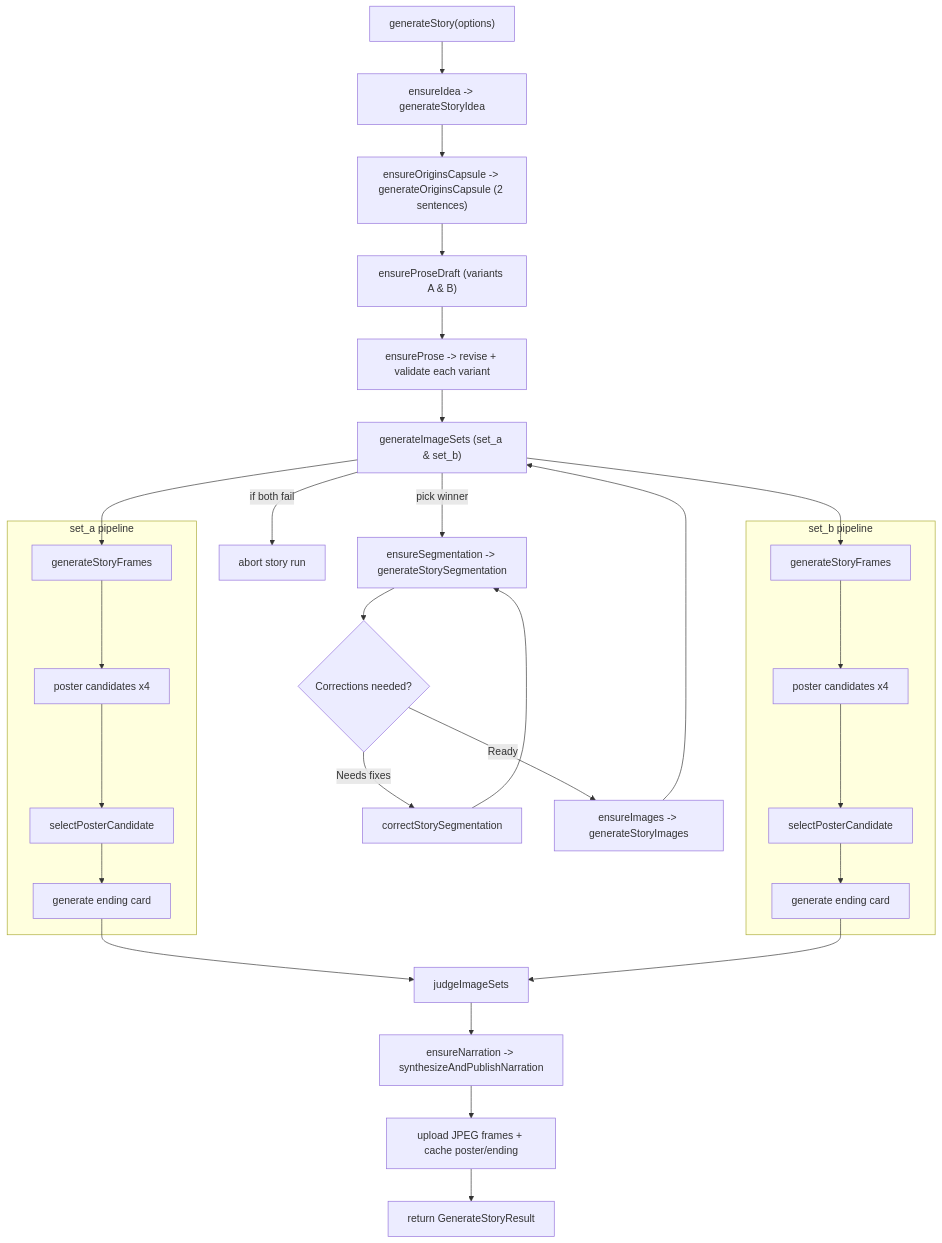
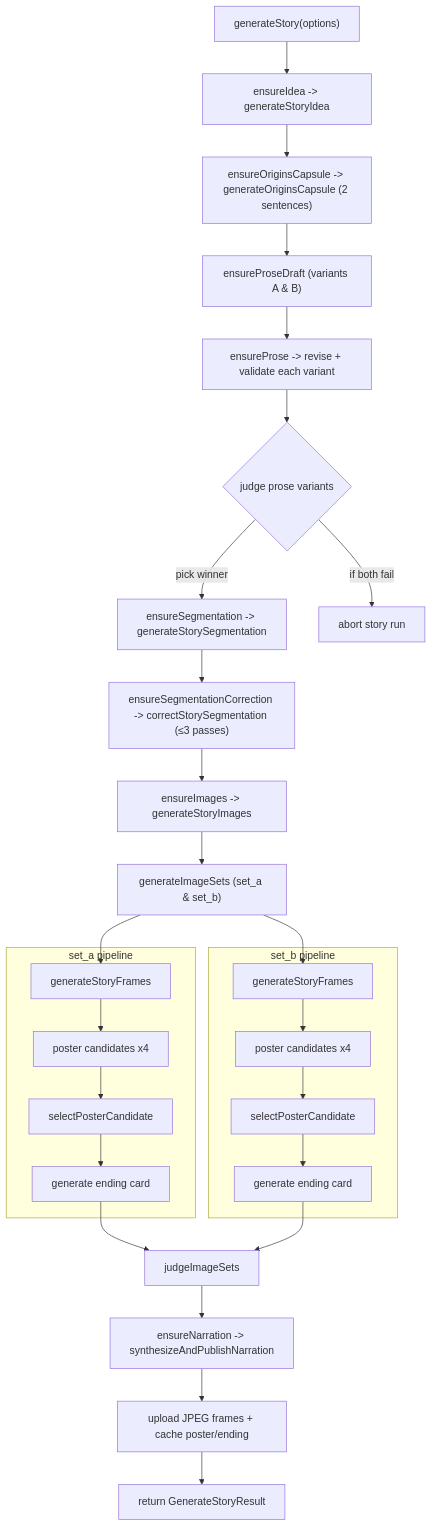
Before and after one commit to ljoukov/spark: the first of 2 diagrams in docs/STORY.md, drawn with Mermaid.

Commit message:
[docs] reflect segmentation correction in Mermaid graph

````diff
--- a/docs/STORY.md
+++ b/docs/STORY.md
@@ -7,35 +7,33 @@
 ```mermaid
 flowchart TD
   A["generateStory(options)"] --> B["ensureIdea -> generateStoryIdea"]
   B --> OC["ensureOriginsCapsule -> generateOriginsCapsule (2 sentences)"]
   OC --> PD["ensureProseDraft (variants A & B)"]
   PD --> PR["ensureProse -> revise + validate each variant"]
-  PR --> J{"judge prose variants"}
-  J -->|pick winner| F["ensureSegmentation -> generateStorySegmentation"]
-  J -->|if both fail| X["abort story run"]
-  F --> G{Corrections needed?}
-  G -->|Needs fixes| H["correctStorySegmentation"]
-  H --> F
-  G -->|Ready| I["ensureImages -> generateStoryImages"]
-  I --> J["generateImageSets (set_a & set_b)"]
-  J --> SA1
-  J --> SB1
+  PR --> JV{"judge prose variants"}
+  JV -->|pick winner| F["ensureSegmentation -> generateStorySegmentation"]
+  JV -->|if both fail| X["abort story run"]
+  F --> FC["ensureSegmentationCorrection -> correctStorySegmentation (≤3 passes)"]
+  FC --> I["ensureImages -> generateStoryImages"]
+  I --> IS["generateImageSets (set_a & set_b)"]
+  IS --> SA1
+  IS --> SB1
 
   subgraph SetA["set_a pipeline"]
     SA1["generateStoryFrames"] --> SA2["poster candidates x4"]
     SA2 --> SA3["selectPosterCandidate"]
     SA3 --> SA4["generate ending card"]
   end
 
   subgraph SetB["set_b pipeline"]
     SB1["generateStoryFrames"] --> SB2["poster candidates x4"]
     SB2 --> SB3["selectPosterCandidate"]
     SB3 --> SB4["generate ending card"]
   end
 
   SA4 --> L["judgeImageSets"]
   SB4 --> L
   L --> M["ensureNarration -> synthesizeAndPublishNarration"]
   M --> N["upload JPEG frames + cache poster/ending"]
   N --> O["return GenerateStoryResult"]
 ```
````
